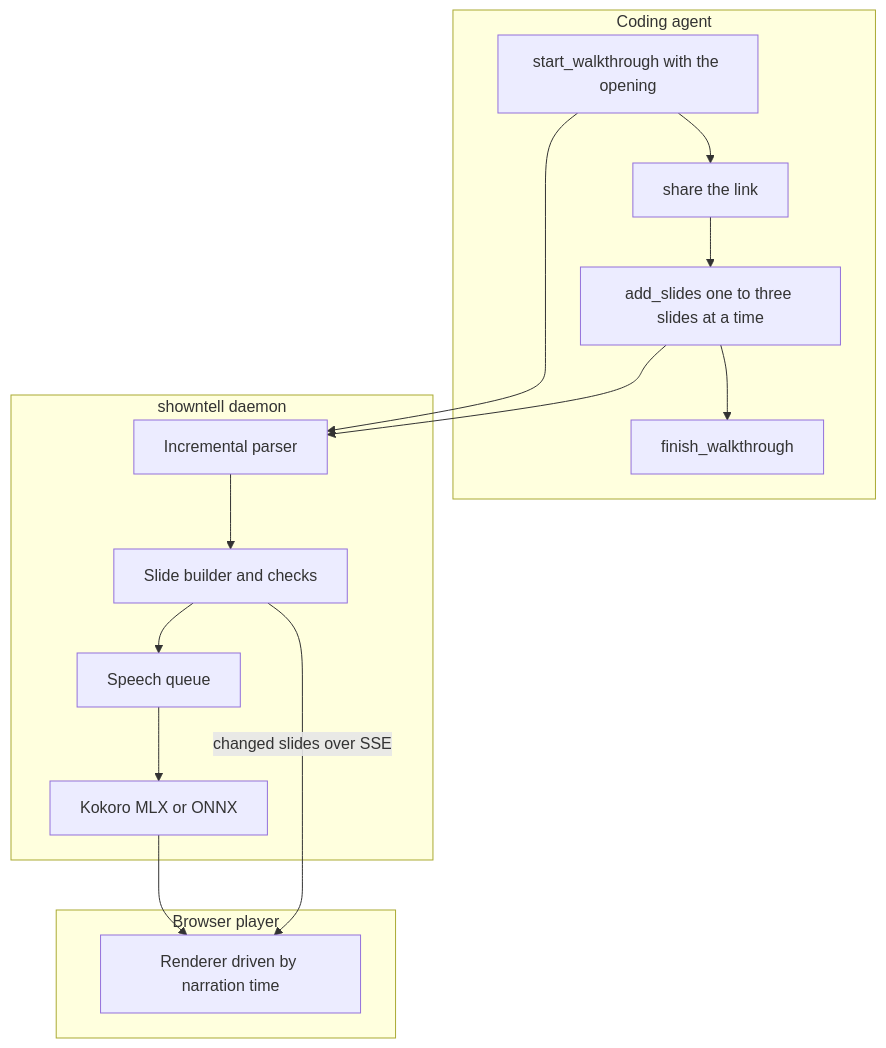
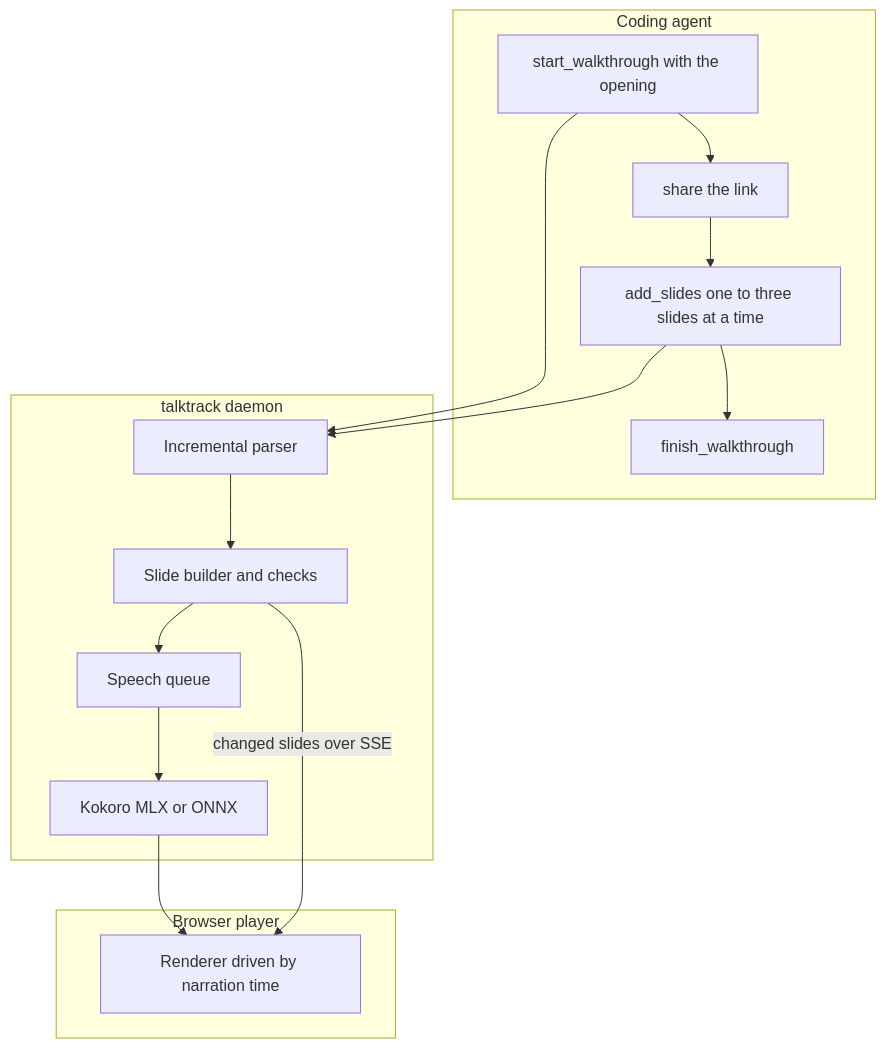
One commit to AhmedElhadarey/talktrack changed the diagram in docs/spec.md. Above: the diagram before and after it, drawn with Mermaid. The commit also changed other lines of this file and 249 other files, not shown here.

````diff
--- a/docs/spec.md
+++ b/docs/spec.md
@@ -7,20 +7,20 @@
 ```mermaid
 graph TB
   subgraph agent [Coding agent]
     S[start_walkthrough with the opening] --> L[share the link]
     L --> M[add_slides one to three slides at a time]
     M --> F[finish_walkthrough]
   end
-  subgraph daemon [showntell daemon]
+  subgraph daemon [talktrack daemon]
     P[Incremental parser] --> B[Slide builder and checks]
     B --> Q[Speech queue]
     Q --> T[Kokoro MLX or ONNX]
   end
   subgraph player [Browser player]
     R[Renderer driven by narration time]
   end
   S --> P
   M --> P
   T --> R
   B -->|changed slides over SSE| R
 ```
````
